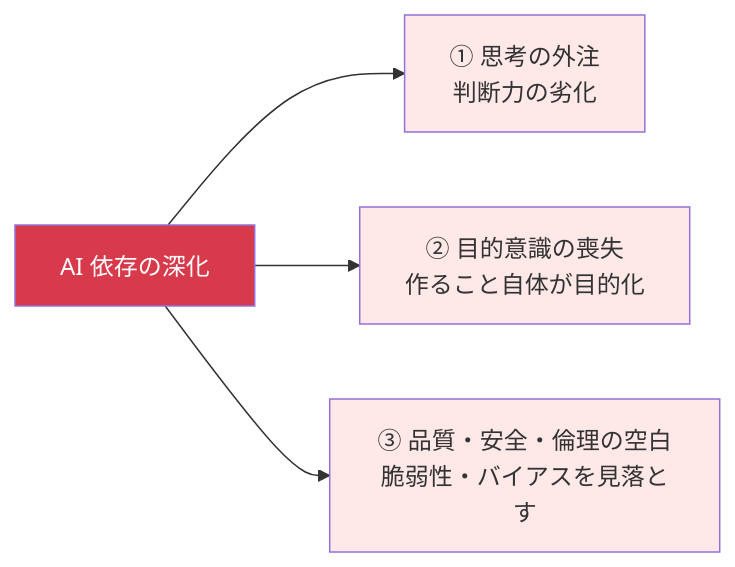
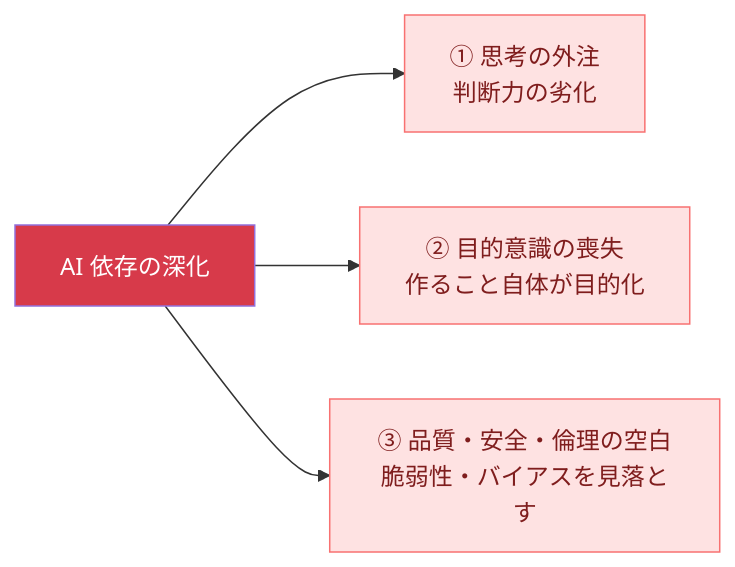
Before and after one commit to na0p0n/nao-log: the third of 3 diagrams in src/content/posts/ai-era-engineer-principles.md, drawn with Mermaid. The commit also changed other lines of this file and 1 other file, not shown here.

Commit message:
fix: per-diagram Mermaid themes, dark text on light nodes

````diff
--- a/src/content/posts/ai-era-engineer-principles.md
+++ b/src/content/posts/ai-era-engineer-principles.md
@@ -116,10 +117,10 @@
 ```mermaid
 flowchart LR
   A["AI 依存の深化"] --> B["① 思考の外注\n判断力の劣化"]
   A --> C["② 目的意識の喪失\n作ること自体が目的化"]
   A --> D["③ 品質・安全・倫理の空白\n脆弱性・バイアスを見落とす"]
   style A fill:#d73a4a,color:#fff
-  style B fill:#ffe8e8
-  style C fill:#ffe8e8
-  style D fill:#ffe8e8
+  style B fill:#fee2e2,color:#7f1d1d,stroke:#f87171
+  style C fill:#fee2e2,color:#7f1d1d,stroke:#f87171
+  style D fill:#fee2e2,color:#7f1d1d,stroke:#f87171
 ```
````
